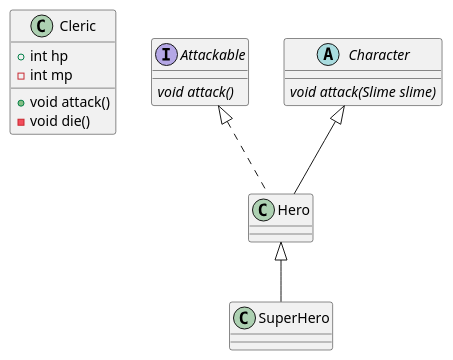
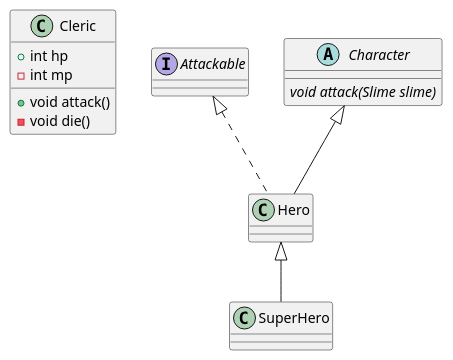
One commit to SurvivalCodingCampus/sesac7_dart_study changed the diagram in lib/game.puml. Above: the diagram before and after it, drawn with PlantUML. The commit also changed 10 other files, not shown here.

```diff
--- a/lib/game.puml
+++ b/lib/game.puml
@@ -1,27 +1,23 @@
 @startuml
 
 class Cleric{
    + int hp
    - int mp
 
    + void attack()
    - void die()
-}
-
-interface Attackable{
-    {abstract} void attack()
 }
 
 interface Attackable{
 }
 
 abstract class Character{
     {abstract} void attack(Slime slime)
 }
 
 class Hero extends Character implements Attackable{
 }
 
 class SuperHero extends Hero{
 }
 @enduml
```
